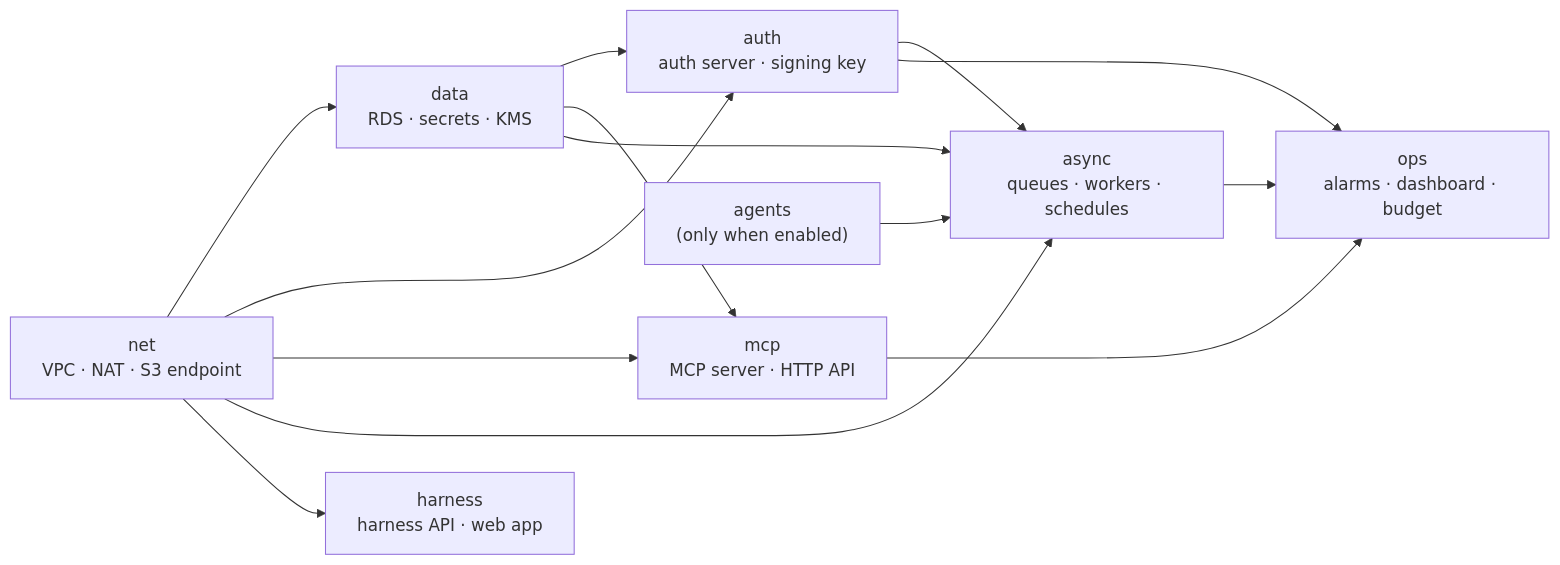
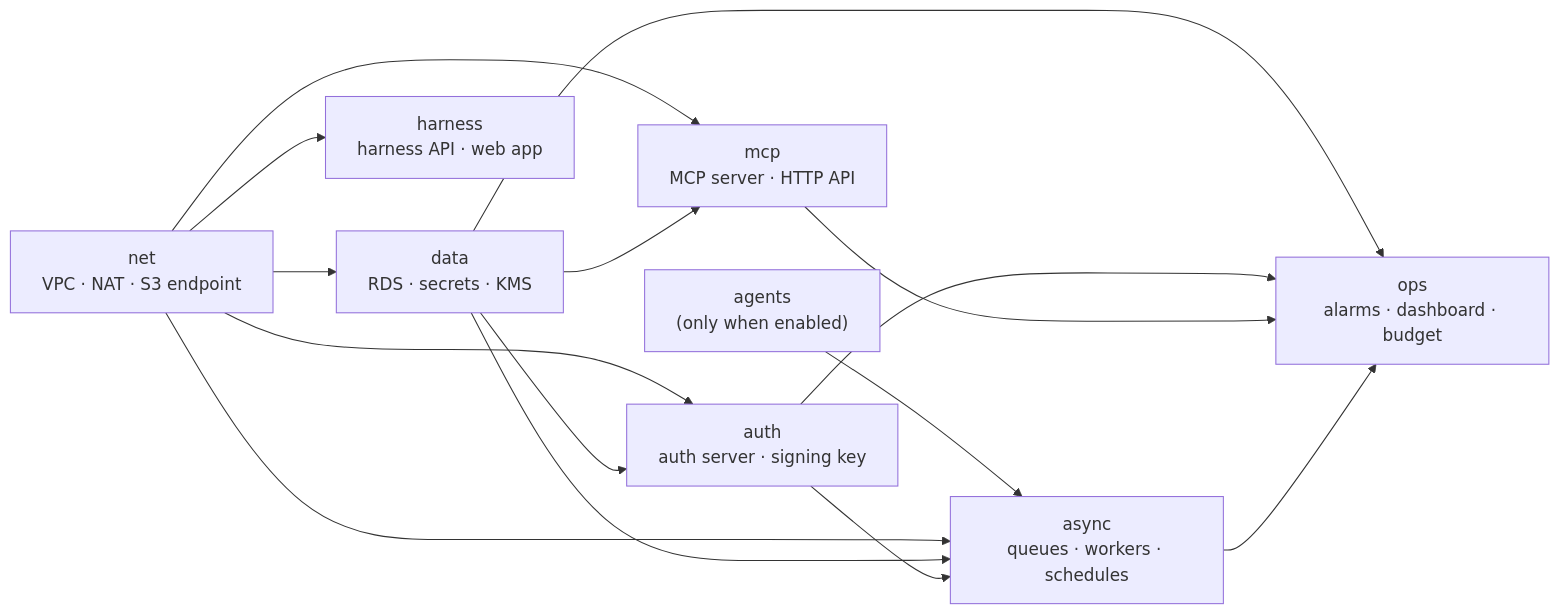
Diagram 20 of 21 in README.md (BugHunterX2101/watchfloor), drawn with Mermaid before and after one commit. The commit also changed other lines of this file, not shown here.

````diff
--- a/README.md
+++ b/README.md
@@ -753,16 +754,17 @@
 ```mermaid
 flowchart LR
   NET["net<br/>VPC · NAT · S3 endpoint"] --> DATA["data<br/>RDS · secrets · KMS"]
   NET --> AUTH["auth<br/>auth server · signing key"]
   DATA --> AUTH
   NET --> MCP["mcp<br/>MCP server · HTTP API"]
   DATA --> MCP
   AGENTS["agents<br/>(only when enabled)"] --> ASYNC
   NET --> ASYNC["async<br/>queues · workers · schedules"]
   DATA --> ASYNC
   AUTH --> ASYNC
   NET --> HARNESS["harness<br/>harness API · web app"]
+  DATA --> OPS
   AUTH --> OPS["ops<br/>alarms · dashboard · budget"]
   MCP --> OPS
   ASYNC --> OPS
 ```
````
